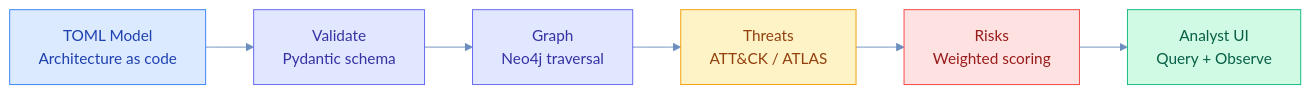
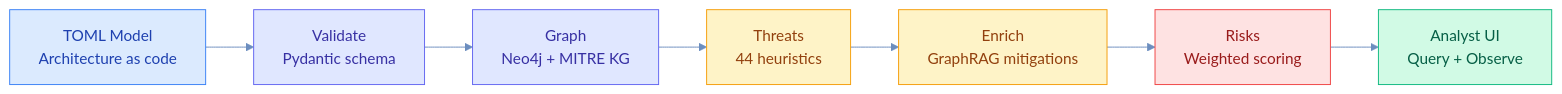
The diagram in docs/diagrams/pipeline_hero.mmd (zencodeai/ai-threatforge), drawn with Mermaid before and after one commit. The commit also changed 13 other files, not shown here.

First line of the commit message:
docs: update README, architecture, diagrams for GraphRAG and 44-heuristic state

```diff
--- a/docs/diagrams/pipeline_hero.mmd
+++ b/docs/diagrams/pipeline_hero.mmd
@@ -1,20 +1,22 @@
 ---
 title: ""
 ---
 %%{init: {'theme': 'base', 'themeVariables': {'lineColor': '#6c8ebf', 'primaryTextColor': '#6c8ebf', 'titleColor': '#6c8ebf'}}}%%
 graph LR
     A["TOML Model\nArchitecture as code"]
     B["Validate\nPydantic schema"]
-    C["Graph\nNeo4j traversal"]
-    D["Threats\nATT&CK / ATLAS"]
-    E["Risks\nWeighted scoring"]
-    F["Analyst UI\nQuery + Observe"]
+    C["Graph\nNeo4j + MITRE KG"]
+    D["Threats\n44 heuristics"]
+    E["Enrich\nGraphRAG mitigations"]
+    F["Risks\nWeighted scoring"]
+    G["Analyst UI\nQuery + Observe"]
 
-    A --> B --> C --> D --> E --> F
+    A --> B --> C --> D --> E --> F --> G
 
     style A fill:#dbeafe,stroke:#3b82f6,color:#1e40af
     style B fill:#e0e7ff,stroke:#6366f1,color:#3730a3
     style C fill:#e0e7ff,stroke:#6366f1,color:#3730a3
     style D fill:#fef3c7,stroke:#f59e0b,color:#92400e
-    style E fill:#fee2e2,stroke:#ef4444,color:#991b1b
-    style F fill:#d1fae5,stroke:#10b981,color:#065f46
+    style E fill:#fef3c7,stroke:#f59e0b,color:#92400e
+    style F fill:#fee2e2,stroke:#ef4444,color:#991b1b
+    style G fill:#d1fae5,stroke:#10b981,color:#065f46
```
